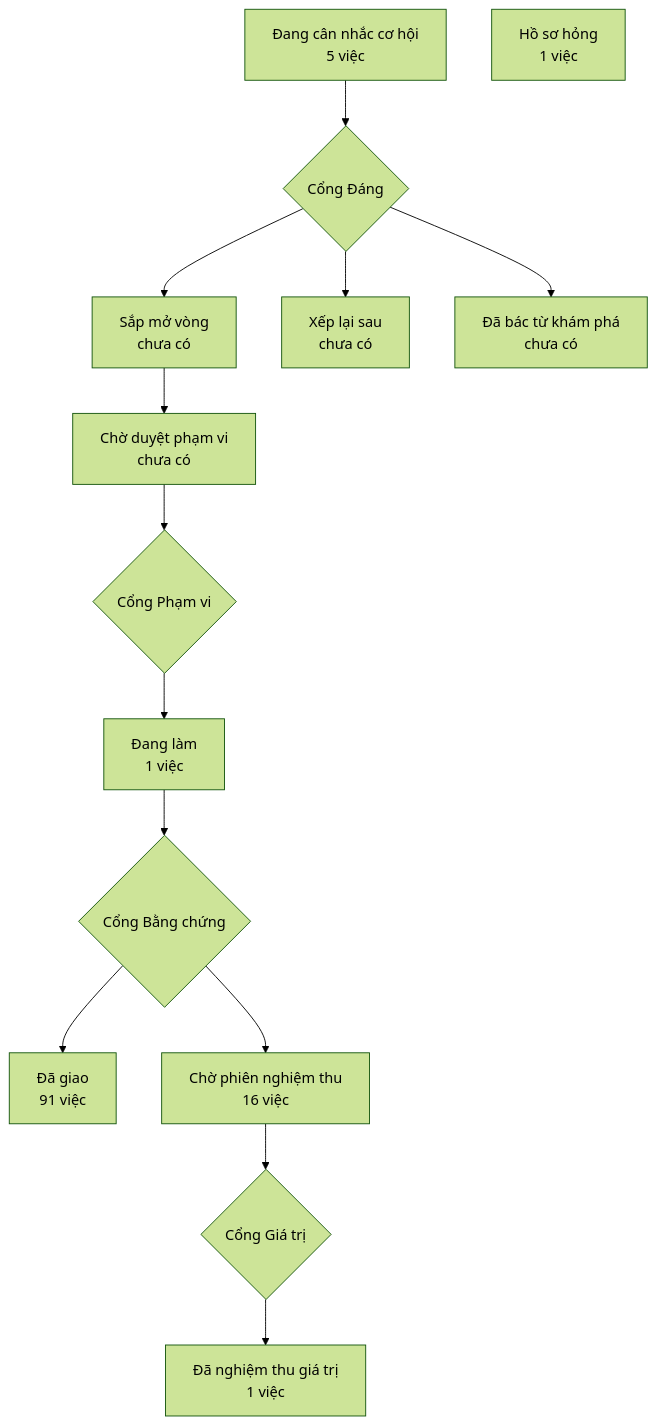
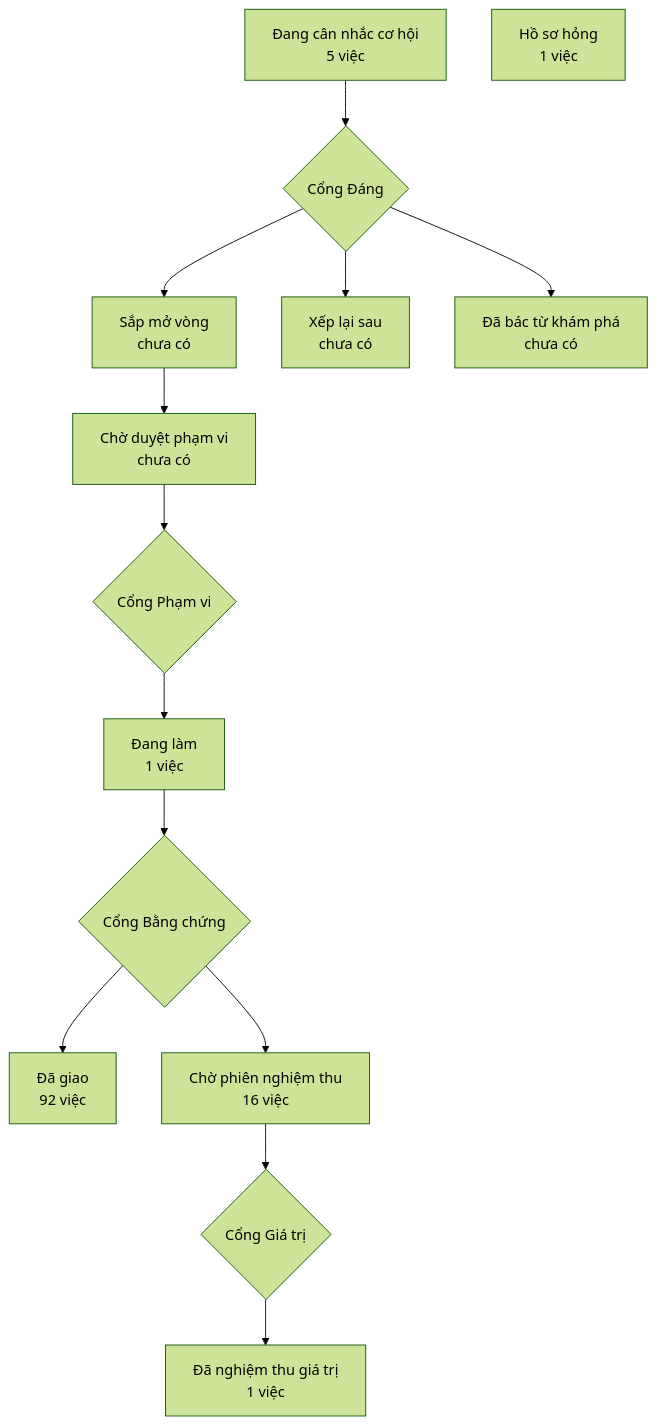
Before and after one commit to phanlemanh/crm-onehub: the diagram in PRODUCT-MAP.md, drawn with Mermaid (forest theme).

Commit message:
chore: vẽ lại bản đồ sản phẩm sau gộp onehub

````diff
--- a/PRODUCT-MAP.md
+++ b/PRODUCT-MAP.md
@@ -6,13 +6,13 @@
 ```mermaid
 flowchart TD
   A["Đang cân nhắc cơ hội<br/>5 việc"] --> GD{"Cổng Đáng"}
   GD --> B["Sắp mở vòng<br/>chưa có"]
   GD --> XL["Xếp lại sau<br/>chưa có"]
   GD --> DB["Đã bác từ khám phá<br/>chưa có"]
   B --> CD["Chờ duyệt phạm vi<br/>chưa có"] --> GP{"Cổng Phạm vi"}
   GP --> DL["Đang làm<br/>1 việc"] --> GB{"Cổng Bằng chứng"}
-  GB --> DG["Đã giao<br/>91 việc"]
+  GB --> DG["Đã giao<br/>92 việc"]
   GB --> CN["Chờ phiên nghiệm thu<br/>16 việc"] --> GG{"Cổng Giá trị"}
   GG --> NT["Đã nghiệm thu giá trị<br/>1 việc"]
   HS["Hồ sơ hỏng<br/>1 việc"]
 ```
````
